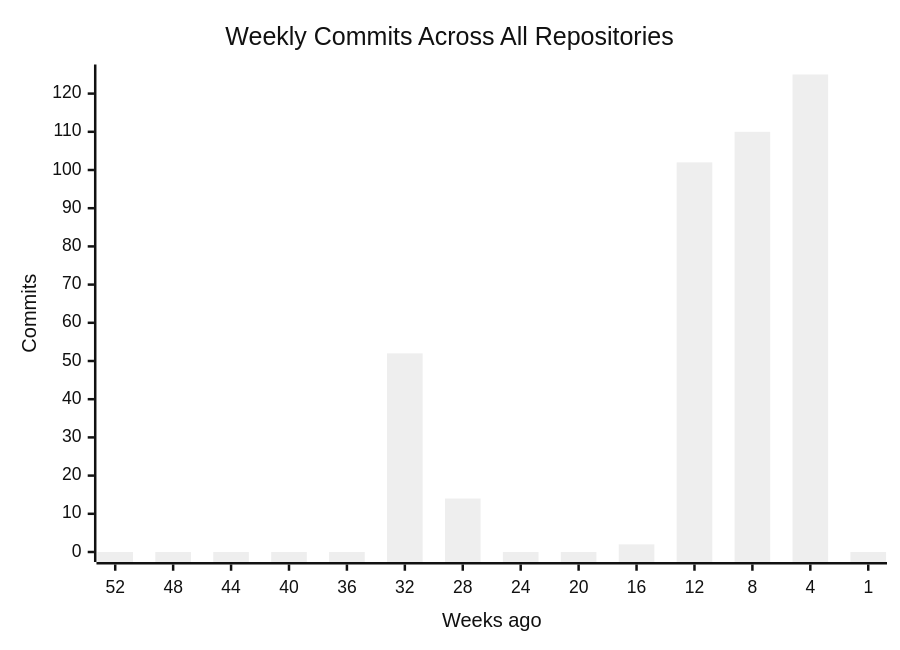
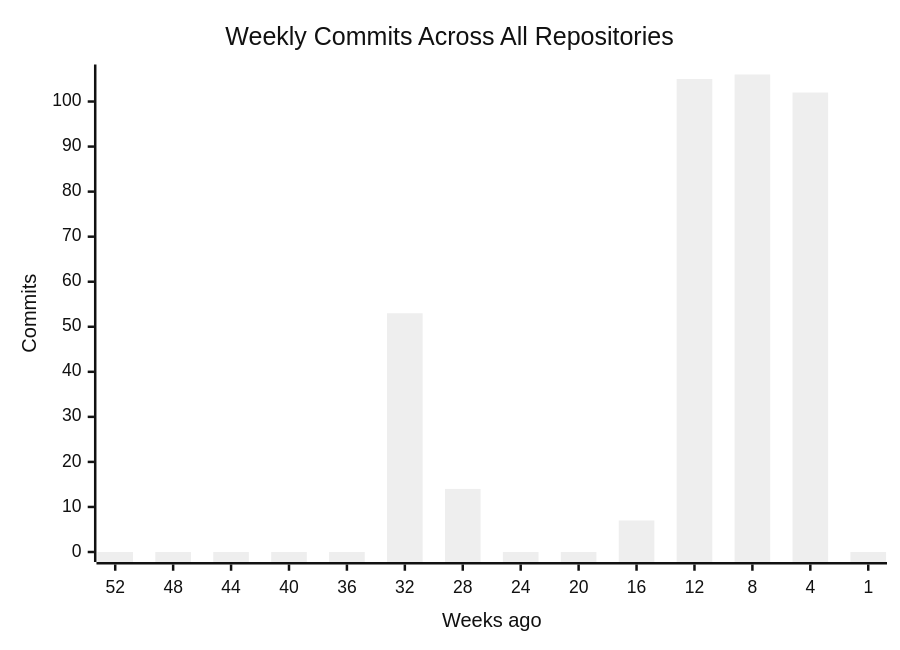
Before and after one commit to CSTH-Projects/.github: the first of 4 diagrams in profile/README.md, drawn with Mermaid (neutral theme). The commit also changed other lines of this file, not shown here.

````diff
--- a/profile/README.md
+++ b/profile/README.md
@@ -16,7 +16,7 @@
 ```mermaid
 xychart-beta
     title "Weekly Commits Across All Repositories"
     x-axis "Weeks ago" [52, 48, 44, 40, 36, 32, 28, 24, 20, 16, 12, 8, 4, 1]
     y-axis "Commits"
-    bar [0, 0, 0, 0, 0, 52, 14, 0, 0, 2, 102, 110, 125, 0]
+    bar [0, 0, 0, 0, 0, 53, 14, 0, 0, 7, 105, 106, 102, 0]
 ```
````
